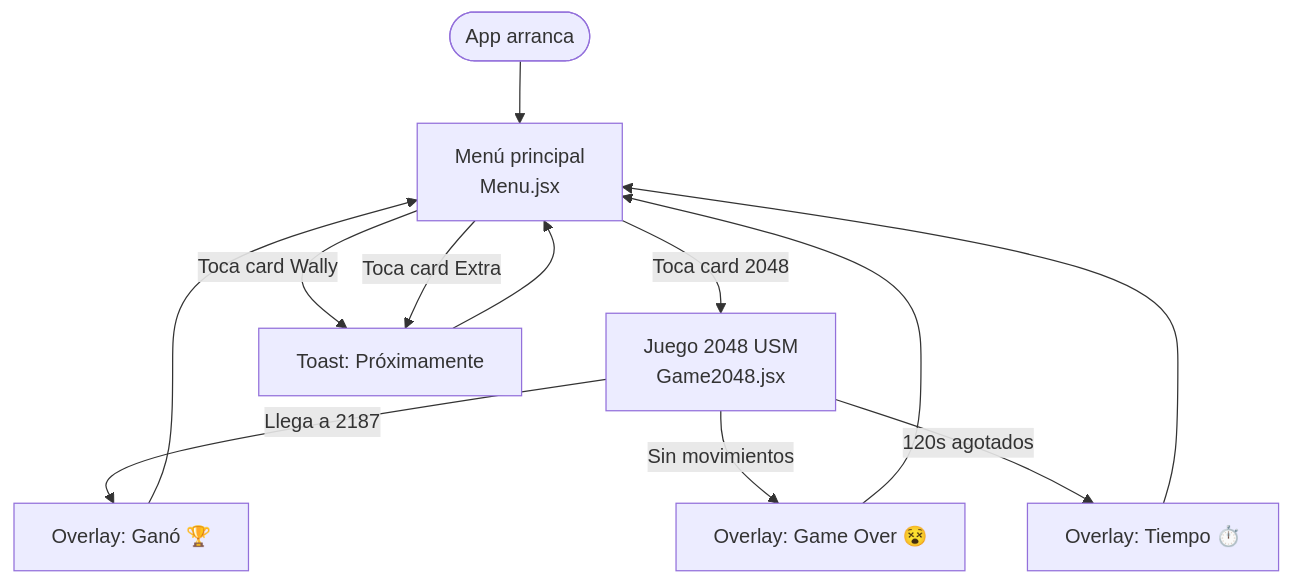
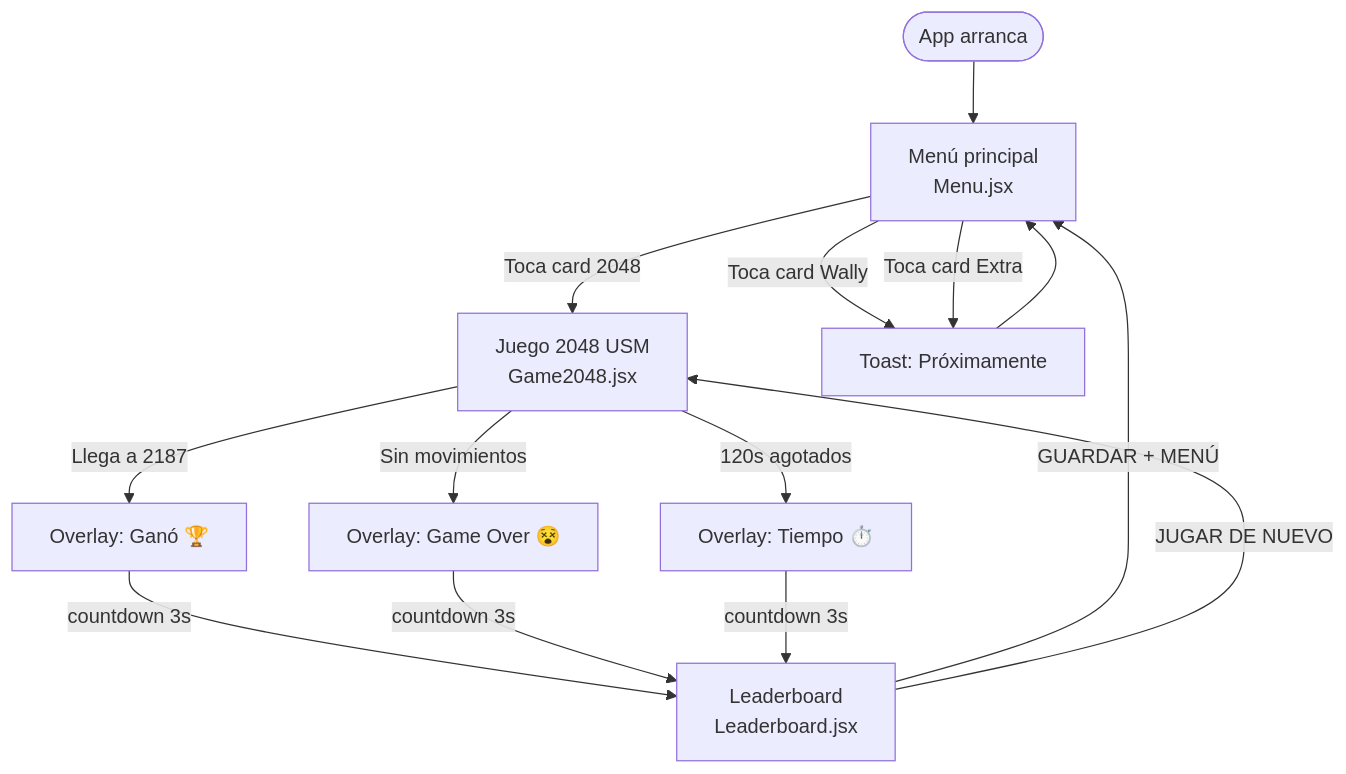
One commit to craulii/totem-usm-admision changed the first of 3 diagrams in GAMEFLOW.md. Above: the diagram before and after it, drawn with Mermaid. The commit also changed other lines of this file and 7 other files, not shown here.

````diff
--- a/GAMEFLOW.md
+++ b/GAMEFLOW.md
@@ -5,18 +5,21 @@
 ```mermaid
 flowchart TD
     START([App arranca]) --> MENU[Menú principal\nMenu.jsx]
 
     MENU -->|Toca card 2048| G2048[Juego 2048 USM\nGame2048.jsx]
     MENU -->|Toca card Wally| TOAST[Toast: Próximamente]
     MENU -->|Toca card Extra| TOAST
 
     TOAST --> MENU
 
     G2048 -->|Llega a 2187| WON[Overlay: Ganó 🏆]
     G2048 -->|Sin movimientos| LOST[Overlay: Game Over 😵]
     G2048 -->|120s agotados| TIMEUP[Overlay: Tiempo ⏱️]
 
-    WON --> MENU
-    LOST --> MENU
-    TIMEUP --> MENU
+    WON -->|countdown 3s| LB[Leaderboard\nLeaderboard.jsx]
+    LOST -->|countdown 3s| LB
+    TIMEUP -->|countdown 3s| LB
+
+    LB -->|GUARDAR + MENÚ| MENU
+    LB -->|JUGAR DE NUEVO| G2048
 ```
````
